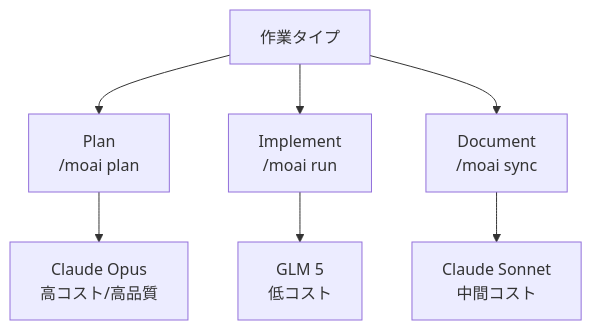
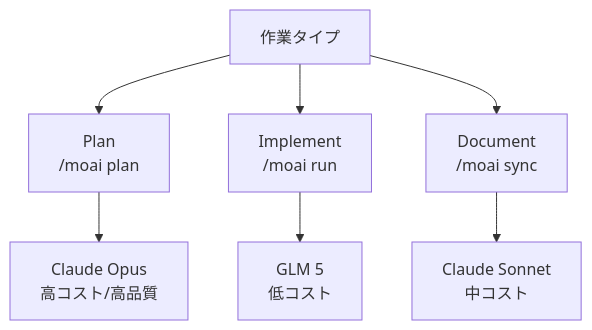
The tenth of 10 diagrams in docs-site/content/ja/worktree/guide.md (modu-ai/moai-adk), drawn with Mermaid before and after one commit. The commit also changed other lines of this file and 395 other files, not shown here.

````diff
--- a/docs-site/content/ja/worktree/guide.md
+++ b/docs-site/content/ja/worktree/guide.md
@@ -561,10 +572,10 @@
 ```mermaid
 graph TD
     A[作業タイプ] --> B[Plan<br/>/moai plan]
     A --> C[Implement<br/>/moai run]
     A --> D[Document<br/>/moai sync]
 
     B --> E[Claude Opus<br/>高コスト/高品質]
     C --> F[GLM 5<br/>低コスト]
-    D --> G[Claude Sonnet<br/>中間コスト]
+    D --> G[Claude Sonnet<br/>中コスト]
 ```
````
